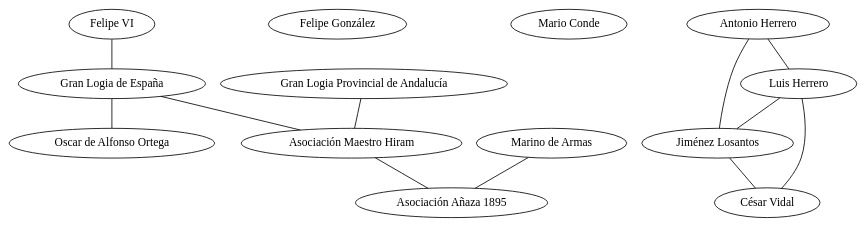
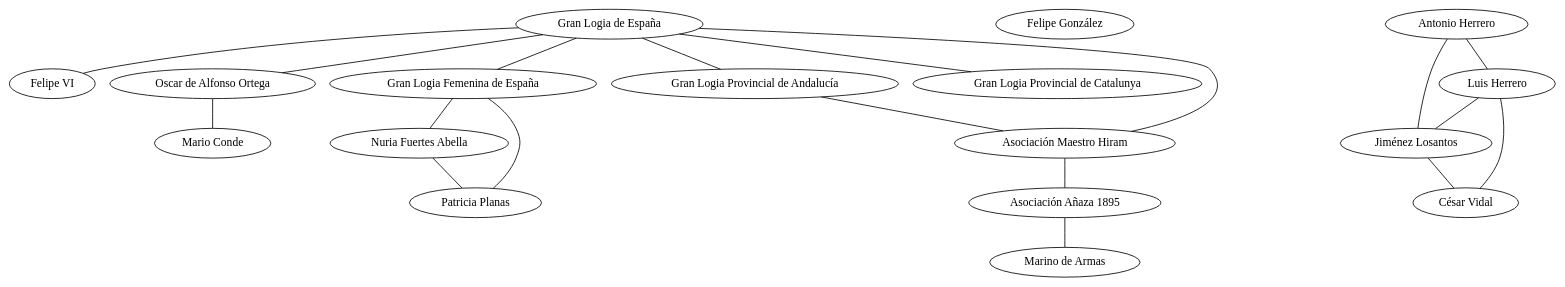
Before and after one commit to tnotstar/tnotdata: the diagram in interchullos/spain.gv, drawn with Graphviz.

Commit message:
added more spanish freemasons and some lodges

```diff
--- a/interchullos/spain.gv
+++ b/interchullos/spain.gv
@@ -1,101 +1,128 @@
 graph spain {
     subgraph aristocrats {
         fvi1 [
             label="Felipe VI",
             full="Felipe Juan Pablo Alfonso de Todos los Santos de Borbón y Grecia",
             link="https://en.wikipedia.org/wiki/Felipe_VI",
         ];
     };
 
     subgraph politicians {
         style=filled;
         color=lightgrey;
         fgm1 [
             label="Felipe González",
             full="Felipe González Márquez",
             link="https://es.wikipedia.org/wiki/Felipe_Gonz%C3%A1lez",
         ];
     };
 
     subgraph bankers {
         macc1 [
             label="Mario Conde",
             full="Mario Antonio Conde Conde",
             link="https://es.wikipedia.org/wiki/Mario_Conde",
         ];
     };
 
     subgraph journalists {
         ahl1 [
             label="Antonio Herrero",
             full="Antonio Herrero Lima",
             link="https://es.wikipedia.org/wiki/Antonio_Herrero",
         ];
         lfha1 [
             label="Luis Herrero",
             full="Luis Francisco Herrero-Tejedor Algar",
             link="https://es.wikipedia.org/wiki/Luis_Herrero",
         ];
         fjl1 [
             label="Jiménez Losantos",
             full="Federico Jorge Jiménez Losantos",
             link="https://es.wikipedia.org/wiki/Federico_Jim%C3%A9nez_Losantos",
         ];
         cvm1 [
             label="César Vidal",
             full="César Vidal Manzanares",
             link="https://en.wikipedia.org/wiki/C%C3%A9sar_Vidal_Manzanares",
         ];
 
         ahl1 -- lfha1;
         ahl1 -- fjl1;
         lfha1 -- fjl1;
         fjl1 -- cvm1;
         lfha1 -- cvm1;
     }
 
     subgraph leaders {
         odao1 [
             label="Oscar de Alfonso",
             label="Oscar de Alfonso Ortega",
             link="https://www.facebook.com/oscar.dealfonsoortega",
         ];
+        nfa1 [
+            label="Nuria Fuertes Abella",
+            full="Nuria Fuertes Abella",
+            link="https://www.facebook.com/nuria.fuertesabella",
+        ];
         mdab1 [
             label="Marino de Armas",
             full="Marino de Armas Benitez",
             link="https://www.facebook.com/marino.dearmasbenitez",
         ];
+        ppr1 [
+            label="Patricia Planas",
+            full="Patricia Planas Rufino",
+            link="https://www.facebook.com/patricia.planasrufino",
+        ];
+
+        nfa1 -- ppr1;
     };
 
     subgraph organizations {
         glde1 [
             label="Gran Logia de España",
             full="Gran Logia de España",
-            link="https://gle.org"
+            link="https://gle.org",
+        ];
+        glfe1 [
+            label="Gran Logia Femenina de España",
+            full="Gran Logia Femenina de España",
+            link="https://glfe.org",
         ];
         glpa1 [
             label="Gran Logia Provincial de Andalucía",
             full="Gran Logia Provincial de Andalucía",
-            link="https://glpa.es"
+            link="https://glpa.es",
+        ];
+        glpc1 [
+            label="Gran Logia Provincial de Catalunya",
+            full="Gran Logia Provincial de Catalunya",
+            link="https://granlogiacatalunya.com",
         ];
         amh1 [
             label="Asociación Maestro Hiram",
             full="Asociación Maestro Hiram",
-            link="https://asociacionmaestrohiram.wordpress.com"
+            link="https://asociacionmaestrohiram.wordpress.com",
         ];
         ana1 [
             label="Asociación Añaza 1895",
             full="Asociación Nacional Añaza 1895",
-            link="http://anaza1895.blogspot.com"
+            link="http://anaza1895.blogspot.com",
         ];
 
-        glde1 -- odao1;
-
+        glde1 -- glfe1;
+        glde1 -- glpc1;
+        glde1 -- glpa1;
         glde1 -- amh1;
         glpa1 -- amh1;
         amh1 -- ana1;
     };
 
-    fvi1 -- glde1;
-    mdab1 -- ana1;
+    glde1 -- fvi1;
+    glde1 -- odao1;
+    glfe1 -- nfa1;
+    glfe1 -- ppr1;
+    ana1 -- mdab1;
+    odao1 -- macc1;
 }
```
